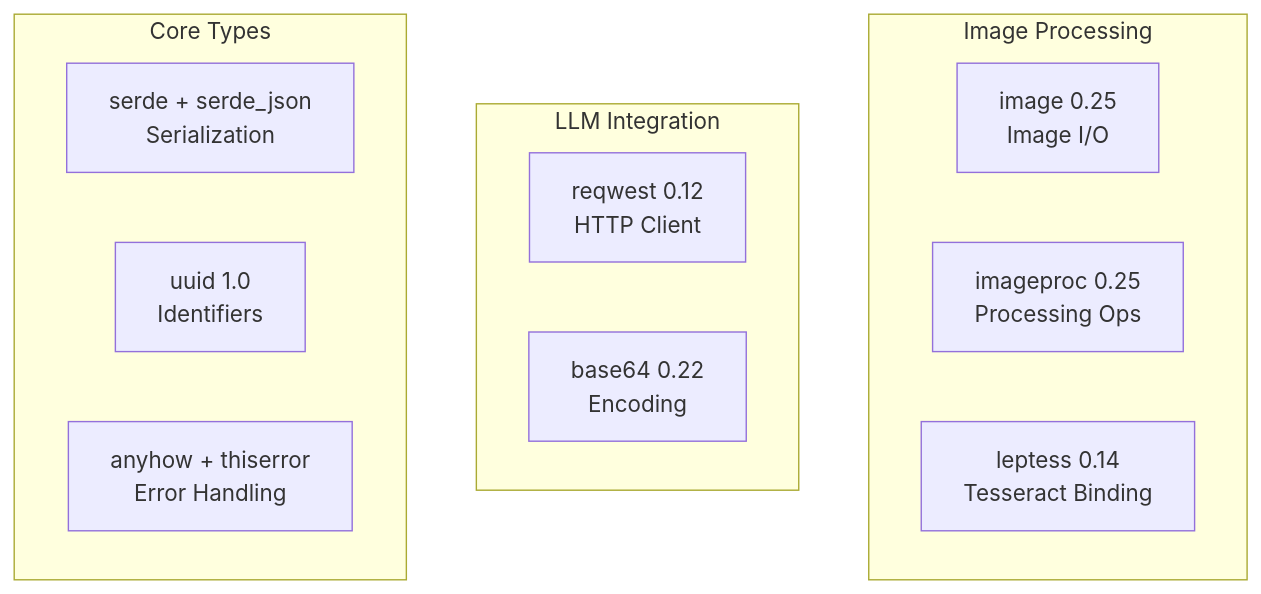
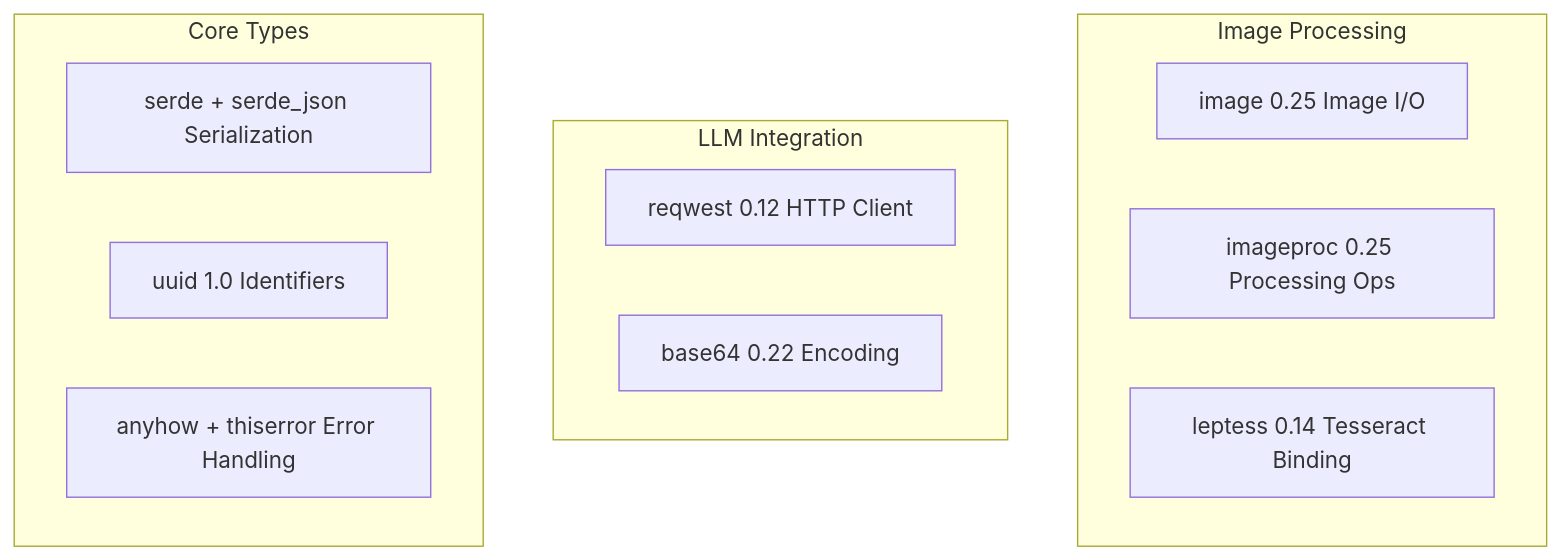
Diagram 11 of 11 in wiki/Architecture.md (softwarewrighter/scan3data), drawn with Mermaid before and after one commit. The commit also changed other lines of this file and 6 other files, not shown here.

First line of the commit message:
Fix wiki Mermaid diagrams: remove <br/> tags

````diff
--- a/wiki/Architecture.md
+++ b/wiki/Architecture.md
@@ -402,19 +402,19 @@
 ```mermaid
 graph TB
     subgraph "Image Processing"
-        IMG[image 0.25<br/>Image I/O]
-        PROC[imageproc 0.25<br/>Processing Ops]
-        LEPT[leptess 0.14<br/>Tesseract Binding]
+        IMG[image 0.25 Image I/O]
+        PROC[imageproc 0.25 Processing Ops]
+        LEPT[leptess 0.14 Tesseract Binding]
     end
 
     subgraph "LLM Integration"
-        REQ[reqwest 0.12<br/>HTTP Client]
-        B64[base64 0.22<br/>Encoding]
+        REQ[reqwest 0.12 HTTP Client]
+        B64[base64 0.22 Encoding]
     end
 
     subgraph "Core Types"
-        SER[serde + serde_json<br/>Serialization]
-        UUID[uuid 1.0<br/>Identifiers]
-        ERR[anyhow + thiserror<br/>Error Handling]
+        SER[serde + serde_json Serialization]
+        UUID[uuid 1.0 Identifiers]
+        ERR[anyhow + thiserror Error Handling]
     end
 ```
````
